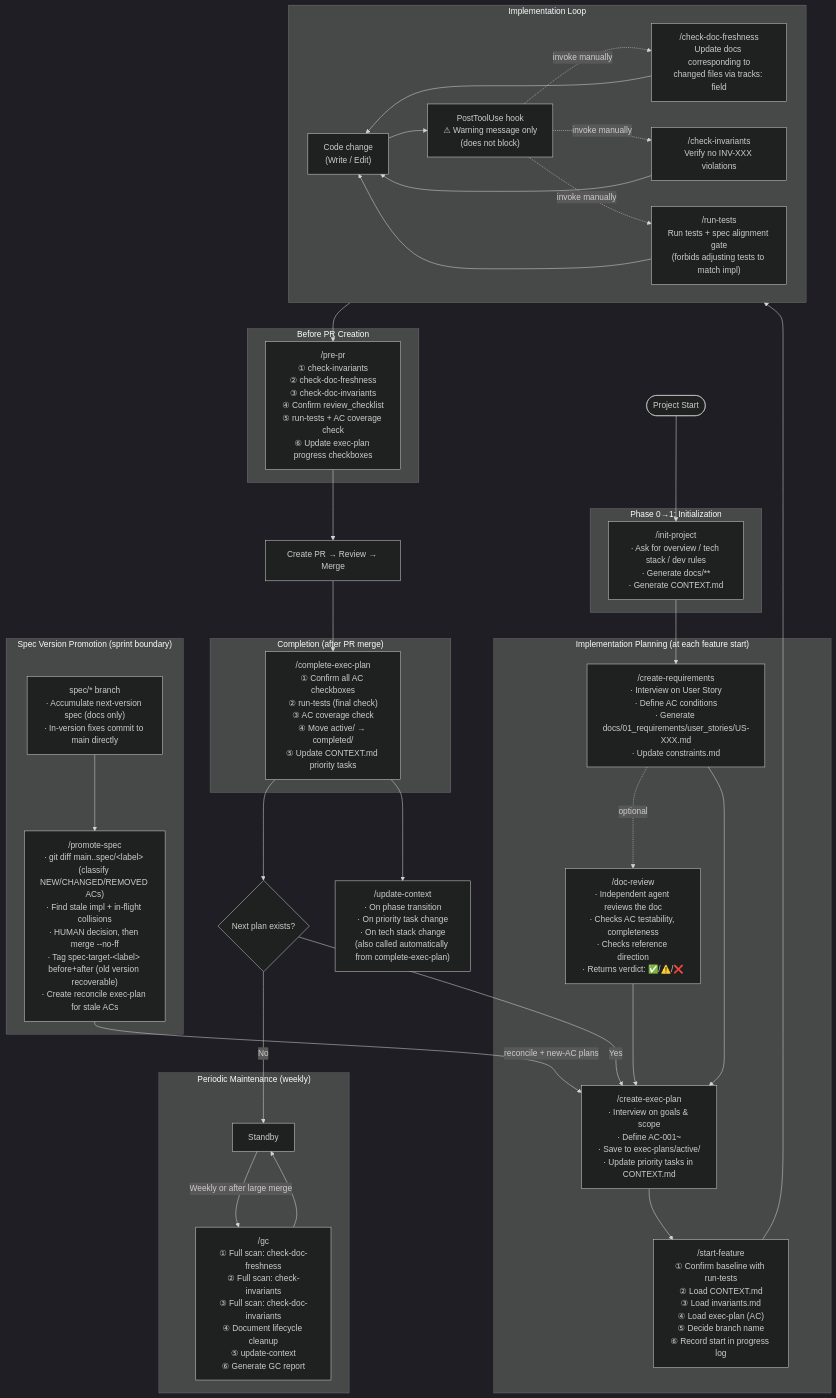
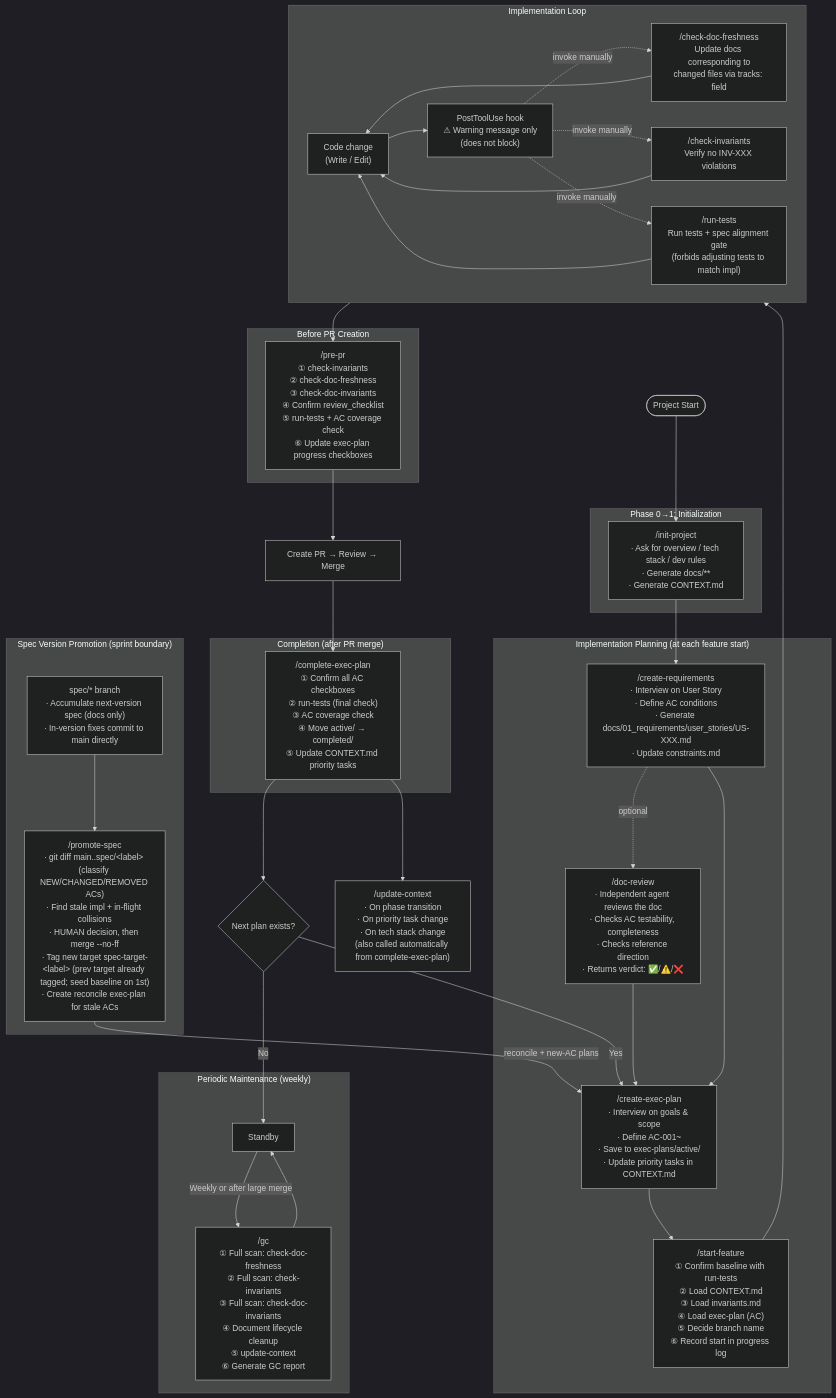
Before and after one commit to aki-senri/DocDDTemplate: the first of 2 diagrams in SKILL_FLOW.md, drawn with Mermaid (dark theme). The commit also changed 2 other files, not shown here.

Commit message:
fix: Copilot レビュー指摘（タグの outgoing/incoming 表記の誤読）に対応
「spec-target-<label> で昇格前後の両方を保存」という表現が、同一タグ名を
2回使うように読める点を修正（タグ名は ref ごとに一意。outgoing は前ラベル、
incoming は新ラベル）。

- SKILL_FLOW.md: ノードの "before+after" を「新ターゲットをタグ／前ターゲットは
  既タグ済み・初回のみ baseline seed」に変更。
- CLAUDE.md: 各ターゲットは固有ラベルのタグを持ち同名を使い回さない旨を明確化。
  昇格後=新ラベル、昇格前=前回昇格のタグ（初回のみ seed）と明記。
- promote-spec Step6.1: 見出しを「outgoing は通常すでにタグ済み、seed は初回のみ」
  に修正（非初回ではマージ前に新規タグを打たない実態に合わせる）。

````diff
--- a/SKILL_FLOW.md
+++ b/SKILL_FLOW.md
@@ -5,76 +5,76 @@
 ```mermaid
 flowchart TD
     START([Project Start]) --> INIT
 
     subgraph PHASE01["Phase 0→1: Initialization"]
         INIT["/init-project\n· Ask for overview / tech stack / dev rules\n· Generate docs/**\n· Generate CONTEXT.md"]
     end
 
     INIT --> REQ
 
     subgraph PLAN_PHASE["Implementation Planning (at each feature start)"]
         REQ["/create-requirements\n· Interview on User Story\n· Define AC conditions\n· Generate docs/01_requirements/user_stories/US-XXX.md\n· Update constraints.md"]
         REQ -.->|optional| DR
         DR["/doc-review\n· Independent agent reviews the doc\n· Checks AC testability, completeness\n· Checks reference direction\n· Returns verdict: ✅/⚠️/❌"]
         DR --> PLAN
         REQ --> PLAN
         PLAN["/create-exec-plan\n· Interview on goals & scope\n· Define AC-001~\n· Save to exec-plans/active/\n· Update priority tasks in CONTEXT.md"]
         PLAN --> SF
         SF["/start-feature\n① Confirm baseline with run-tests\n② Load CONTEXT.md\n③ Load invariants.md\n④ Load exec-plan (AC)\n⑤ Decide branch name\n⑥ Record start in progress log"]
     end
 
     SF --> IMPL
 
     subgraph IMPL["Implementation Loop"]
         CODE["Code change\n(Write / Edit)"]
         HOOK["PostToolUse hook\n⚠ Warning message only\n(does not block)"]
         CDF["/check-doc-freshness\nUpdate docs corresponding to\nchanged files via tracks: field"]
         CI["/check-invariants\nVerify no INV-XXX violations"]
         RT["/run-tests\nRun tests + spec alignment gate\n(forbids adjusting tests to match impl)"]
 
         CODE --> HOOK
         HOOK -.->|invoke manually| CDF
         HOOK -.->|invoke manually| CI
         HOOK -.->|invoke manually| RT
         CDF --> CODE
         CI --> CODE
         RT --> CODE
     end
 
     IMPL --> PREPR
 
     subgraph PREPR_PHASE["Before PR Creation"]
         PREPR["/pre-pr\n① check-invariants\n② check-doc-freshness\n③ check-doc-invariants\n④ Confirm review_checklist\n⑤ run-tests + AC coverage check\n⑥ Update exec-plan progress checkboxes"]
     end
 
     PREPR --> PR
     PR["Create PR → Review → Merge"]
     PR --> COMPLETE
 
     subgraph COMPLETE_PHASE["Completion (after PR merge)"]
         COMPLETE["/complete-exec-plan\n① Confirm all AC checkboxes\n② run-tests (final check)\n③ AC coverage check\n④ Move active/ → completed/\n⑤ Update CONTEXT.md priority tasks"]
     end
 
     COMPLETE --> NEXT
     NEXT{Next plan exists?}
     NEXT -->|Yes| PLAN
     NEXT -->|No| GC_WAIT
 
     subgraph GC_PHASE["Periodic Maintenance (weekly)"]
         GC_WAIT["Standby"]
         GC["/gc\n① Full scan: check-doc-freshness\n② Full scan: check-invariants\n③ Full scan: check-doc-invariants\n④ Document lifecycle cleanup\n⑤ update-context\n⑥ Generate GC report"]
         GC_WAIT -->|Weekly or after large merge| GC
         GC --> GC_WAIT
     end
 
     subgraph SPEC_PROMO["Spec Version Promotion (sprint boundary)"]
         SPECBR["spec/* branch\n· Accumulate next-version spec (docs only)\n· In-version fixes commit to main directly"]
-        PROMO["/promote-spec\n· git diff main..spec/&lt;label&gt; (classify NEW/CHANGED/REMOVED ACs)\n· Find stale impl + in-flight collisions\n· HUMAN decision, then merge --no-ff\n· Tag spec-target-&lt;label&gt; before+after (old version recoverable)\n· Create reconcile exec-plan for stale ACs"]
+        PROMO["/promote-spec\n· git diff main..spec/&lt;label&gt; (classify NEW/CHANGED/REMOVED ACs)\n· Find stale impl + in-flight collisions\n· HUMAN decision, then merge --no-ff\n· Tag new target spec-target-&lt;label&gt; (prev target already tagged; seed baseline on 1st)\n· Create reconcile exec-plan for stale ACs"]
         SPECBR --> PROMO
     end
 
     PROMO -->|reconcile + new-AC plans| PLAN
 
     UC["/update-context\n· On phase transition\n· On priority task change\n· On tech stack change\n(also called automatically from complete-exec-plan)"]
     COMPLETE --> UC
 ```
````
